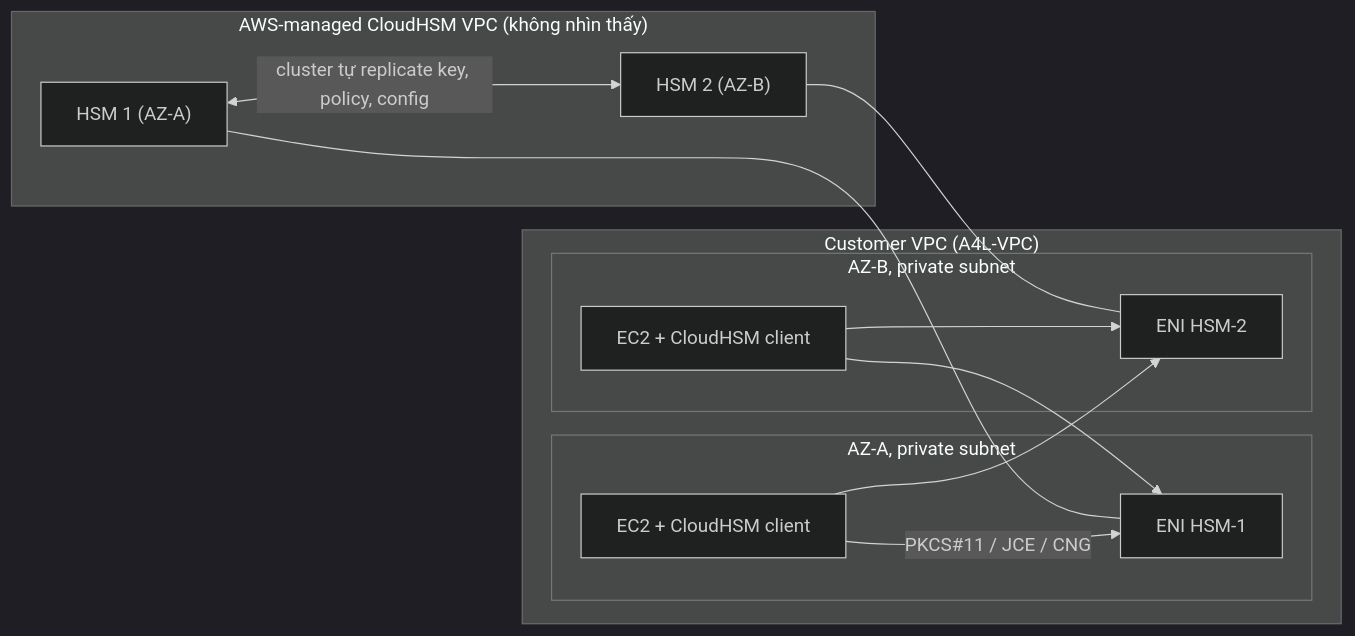
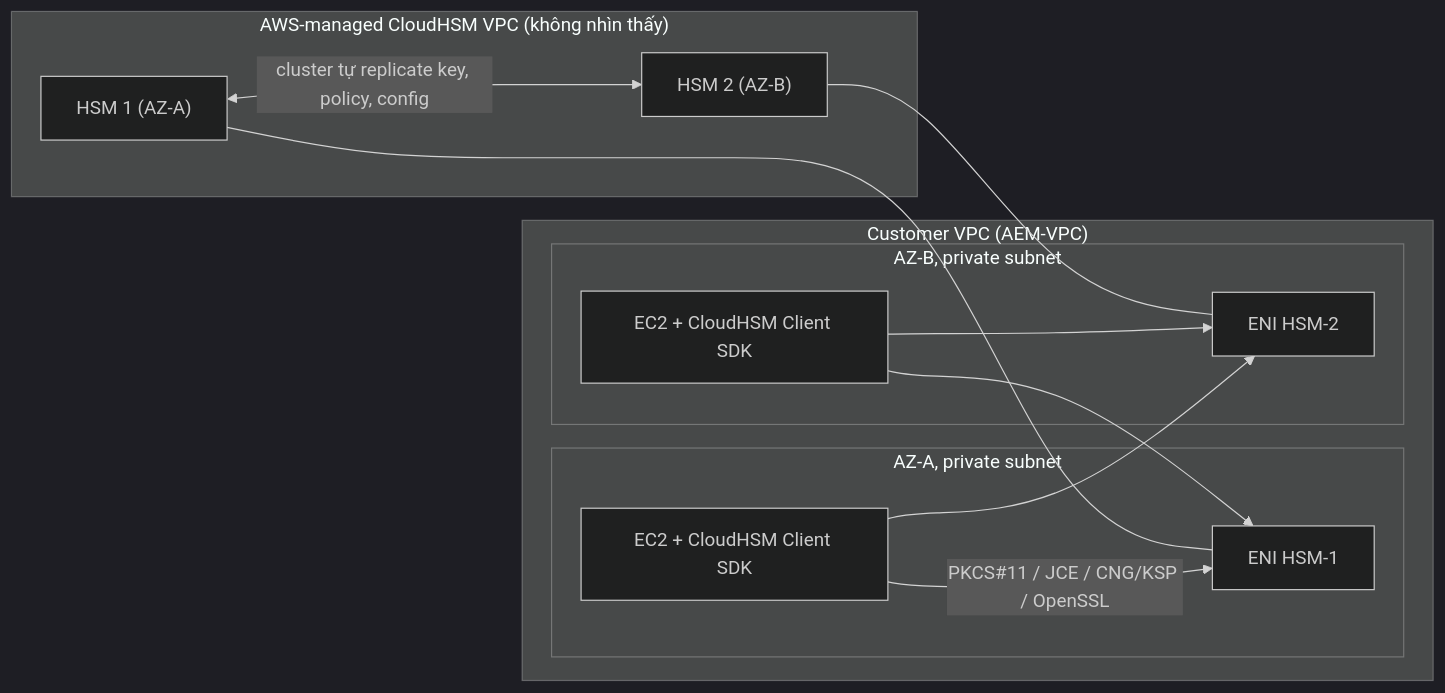
The diagram in data/18 Security Deployment and Operations/CloudHSM.md (hairbui76/aws-saa-c03), drawn with Mermaid (dark theme) before and after one commit. The commit also changed other lines of this file and 77 other files, not shown here.

````diff
--- a/data/18 Security Deployment and Operations/CloudHSM.md
+++ b/data/18 Security Deployment and Operations/CloudHSM.md
@@ -40,24 +48,24 @@
 ```mermaid
 flowchart LR
-  subgraph CVPC["Customer VPC (A4L-VPC)"]
+  subgraph CVPC["Customer VPC (AEM-VPC)"]
     subgraph AZA["AZ-A, private subnet"]
-      EC2A["EC2 + CloudHSM client"]
+      EC2A["EC2 + CloudHSM Client SDK"]
       ENIA["ENI HSM-1"]
     end
     subgraph AZB["AZ-B, private subnet"]
-      EC2B["EC2 + CloudHSM client"]
+      EC2B["EC2 + CloudHSM Client SDK"]
       ENIB["ENI HSM-2"]
     end
   end
   subgraph HVPC["AWS-managed CloudHSM VPC (không nhìn thấy)"]
     H1["HSM 1 (AZ-A)"]
     H2["HSM 2 (AZ-B)"]
   end
   H1 <-->|"cluster tự replicate key, policy, config"| H2
   H1 --- ENIA
   H2 --- ENIB
-  EC2A -->|"PKCS#11 / JCE / CNG"| ENIA
+  EC2A -->|"PKCS#11 / JCE / CNG/KSP / OpenSSL"| ENIA
   EC2A --> ENIB
   EC2B --> ENIA
   EC2B --> ENIB
 ```
````
